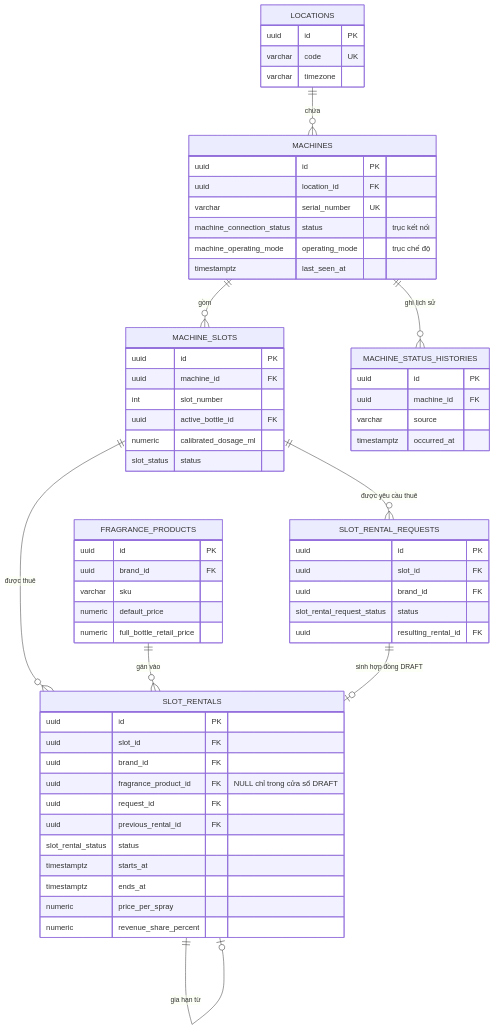
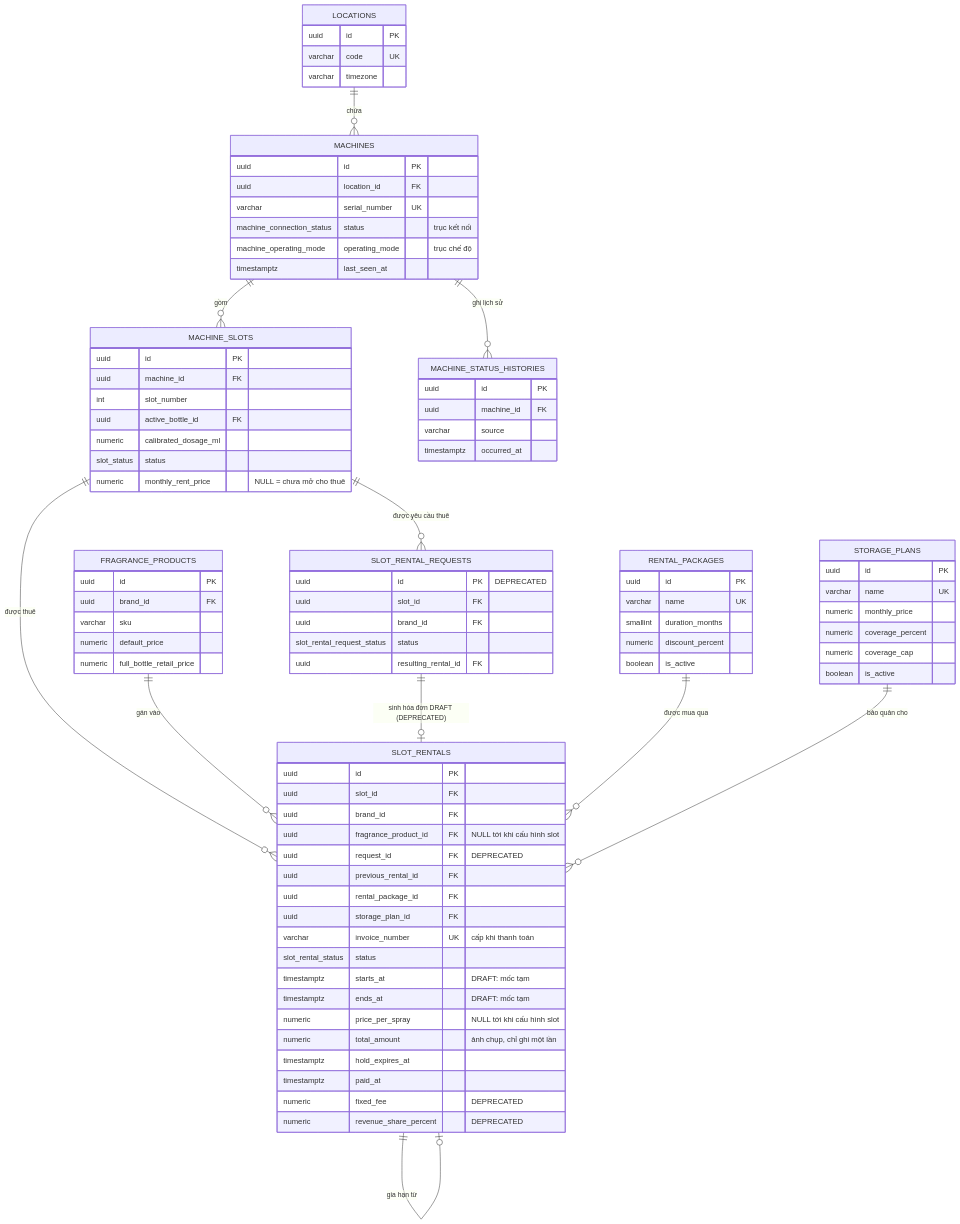
The third of 7 diagrams in spec/contracts/erd.md (nhax-work/Muti-Brand_PerfumeIOT), drawn with Mermaid before and after one commit. The commit also changed other lines of this file and 37 other files, not shown here.

Commit message:
chore: add initial project specifications, architecture docs, API contracts, and database migrations

````diff
--- a/spec/contracts/erd.md
+++ b/spec/contracts/erd.md
@@ -145,6 +150,7 @@
         uuid active_bottle_id FK
         numeric calibrated_dosage_ml
         slot_status status
+        numeric monthly_rent_price "NULL = chưa mở cho thuê"
     }
     MACHINE_STATUS_HISTORIES {
         uuid id PK
@@ -163,17 +169,39 @@
         uuid id PK
         uuid slot_id FK
         uuid brand_id FK
-        uuid fragrance_product_id FK "NULL chỉ trong cửa sổ DRAFT"
-        uuid request_id FK
+        uuid fragrance_product_id FK "NULL tới khi cấu hình slot"
+        uuid request_id FK "DEPRECATED"
         uuid previous_rental_id FK
+        uuid rental_package_id FK
+        uuid storage_plan_id FK
+        varchar invoice_number UK "cấp khi thanh toán"
         slot_rental_status status
-        timestamptz starts_at
-        timestamptz ends_at
-        numeric price_per_spray
-        numeric revenue_share_percent
+        timestamptz starts_at "DRAFT: mốc tạm"
+        timestamptz ends_at "DRAFT: mốc tạm"
+        numeric price_per_spray "NULL tới khi cấu hình slot"
+        numeric total_amount "ảnh chụp, chỉ ghi một lần"
+        timestamptz hold_expires_at
+        timestamptz paid_at
+        numeric fixed_fee "DEPRECATED"
+        numeric revenue_share_percent "DEPRECATED"
+    }
+    RENTAL_PACKAGES {
+        uuid id PK
+        varchar name UK
+        smallint duration_months
+        numeric discount_percent
+        boolean is_active
+    }
+    STORAGE_PLANS {
+        uuid id PK
+        varchar name UK
+        numeric monthly_price
+        numeric coverage_percent
+        numeric coverage_cap
+        boolean is_active
     }
     SLOT_RENTAL_REQUESTS {
-        uuid id PK
+        uuid id PK "DEPRECATED"
         uuid slot_id FK
         uuid brand_id FK
         slot_rental_request_status status
@@ -186,6 +214,8 @@
     MACHINE_SLOTS ||--o{ SLOT_RENTALS : "được thuê"
     MACHINE_SLOTS ||--o{ SLOT_RENTAL_REQUESTS : "được yêu cầu thuê"
     FRAGRANCE_PRODUCTS ||--o{ SLOT_RENTALS : "gán vào"
-    SLOT_RENTAL_REQUESTS ||--o| SLOT_RENTALS : "sinh hợp đồng DRAFT"
+    SLOT_RENTAL_REQUESTS ||--o| SLOT_RENTALS : "sinh hóa đơn DRAFT (DEPRECATED)"
     SLOT_RENTALS ||--o| SLOT_RENTALS : "gia hạn từ"
+    RENTAL_PACKAGES ||--o{ SLOT_RENTALS : "được mua qua"
+    STORAGE_PLANS ||--o{ SLOT_RENTALS : "bảo quản cho"
 ```
````
